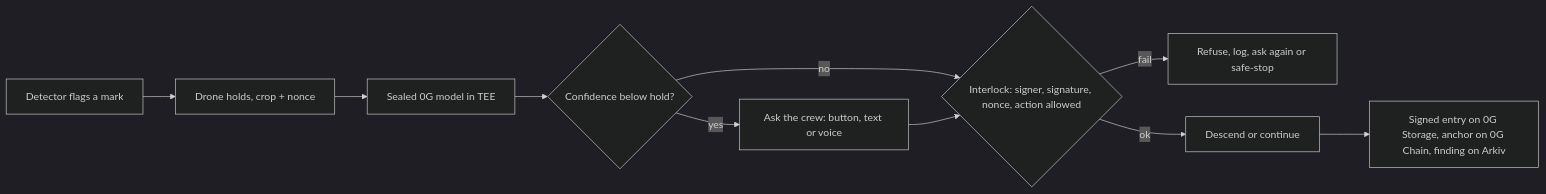
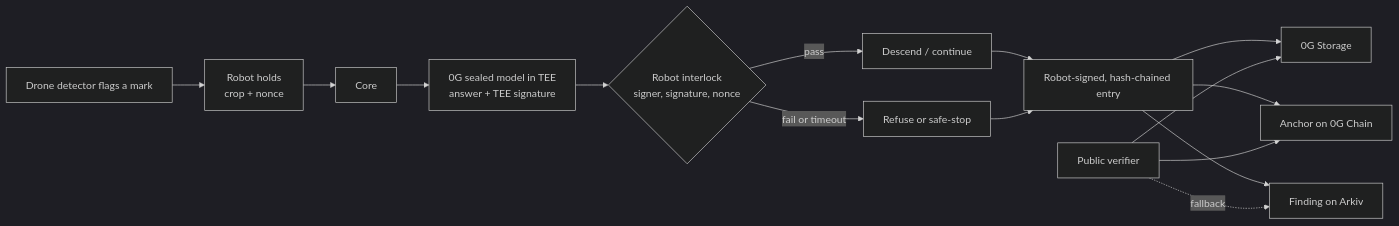
One commit to Pranav-d33/Blackbox changed the diagram in README.md. Above: the diagram before and after it, drawn with Mermaid (dark theme). The commit also changed other lines of this file, not shown here.

````diff
--- a/README.md
+++ b/README.md
@@ -87,12 +64,16 @@
 ```mermaid
 flowchart LR
-    A[Detector flags a mark] --> B[Drone holds, crop + nonce]
-    B --> C[Sealed 0G model in TEE]
-    C --> D{Confidence below hold?}
-    D -- yes --> H[Ask the crew: button, text or voice]
-    D -- no --> E{Interlock: signer, signature, nonce, action allowed}
-    H --> E
-    E -- fail --> R[Refuse, log, ask again or safe-stop]
-    E -- ok --> F[Descend or continue]
-    F --> G[Signed entry on 0G Storage, anchor on 0G Chain, finding on Arkiv]
+  A[Drone detector flags a mark] --> B[Robot holds<br/>crop + nonce]
+  B --> C[Core]
+  C --> D[0G sealed model in TEE<br/>answer + TEE signature]
+  D --> E{Robot interlock<br/>signer, signature, nonce}
+  E -- pass --> F[Descend / continue]
+  E -- fail or timeout --> G[Refuse or safe-stop]
+  F --> H[Robot-signed, hash-chained entry]
+  G --> H
+  H --> I[0G Storage]
+  H --> J[Anchor on 0G Chain]
+  H --> K[Finding on Arkiv]
+  L[Public verifier] --> I & J
+  L -. fallback .-> K
 ```
````
